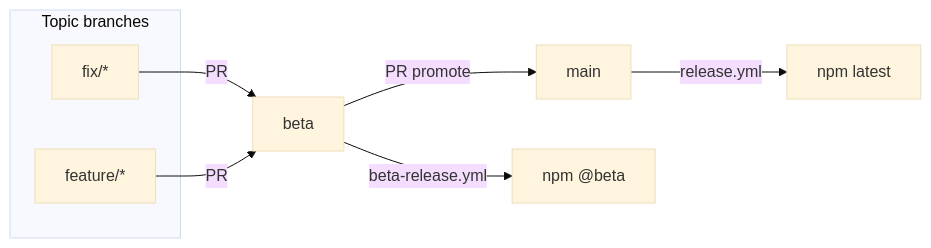
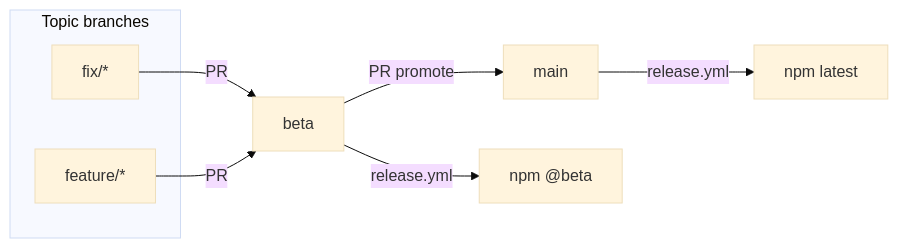
One commit to spid3r/maveo-connect-stick-client changed the first of 5 diagrams in README.md. Above: the diagram before and after it, drawn with Mermaid (base theme). The commit also changed other lines of this file and 2 other files, not shown here.

First line of the commit message:
ci(release): use single release.yml for npm OIDC (one publisher limit)

````diff
--- a/README.md
+++ b/README.md
@@ -55,14 +51,14 @@
 ```mermaid
 flowchart LR
   subgraph topic [Topic branches]
     F[fix/*]
     FE[feature/*]
   end
   B[beta]
   M[main]
   F -->|PR| B
   FE -->|PR| B
-  B -->|beta-release.yml| NPMb["npm @beta"]
+  B -->|release.yml| NPMb["npm @beta"]
   B -->|PR promote| M
   M -->|release.yml| NPMl["npm latest"]
 ```
````
